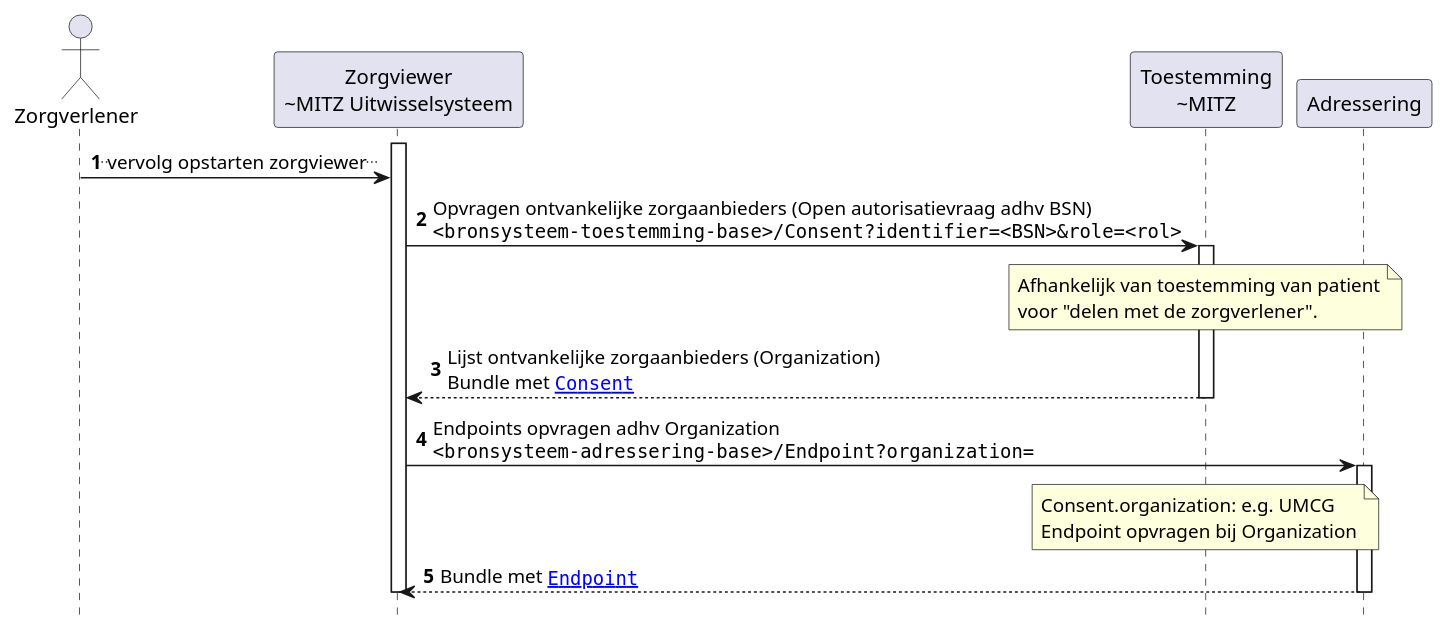
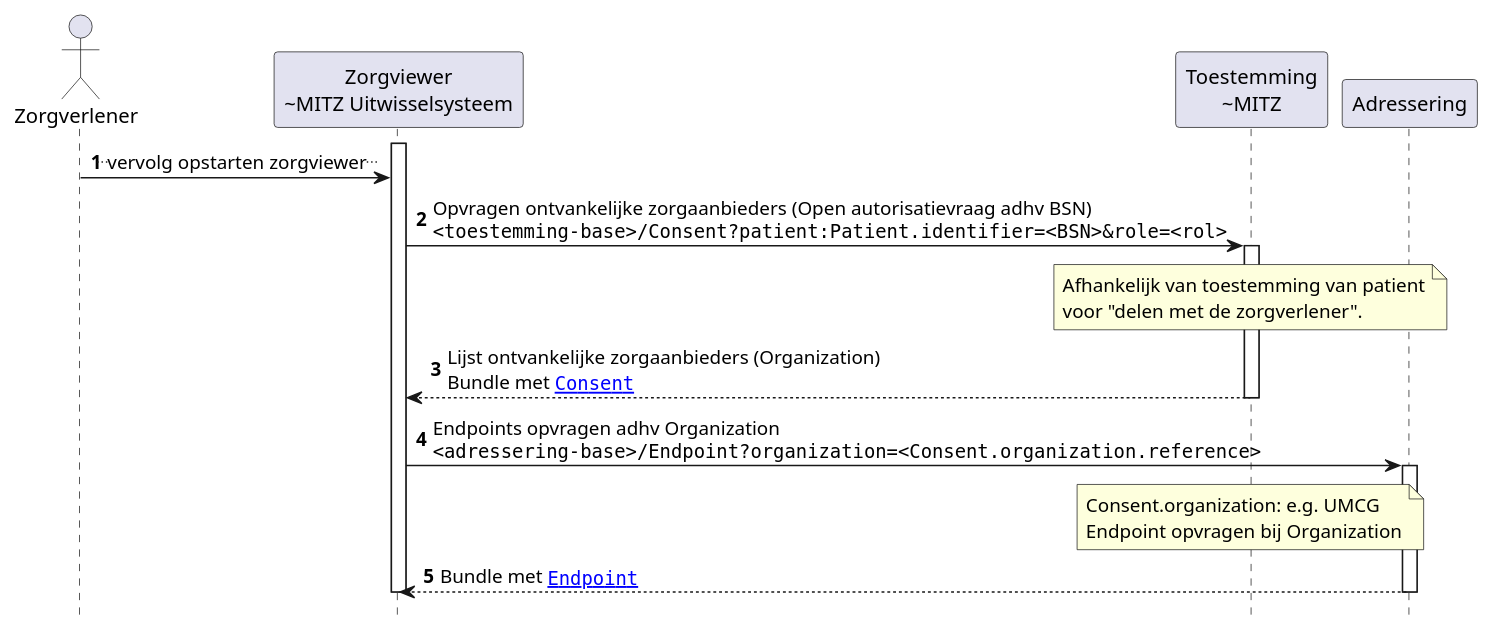
Before and after one commit to RIVO-Noord/zorgviewer-ig: the diagram in input/images-source/Zorgviewer-seq-2.plantuml, drawn with PlantUML. The commit also changed 4 other files, not shown here.

```diff
--- a/input/images-source/Zorgviewer-seq-2.plantuml
+++ b/input/images-source/Zorgviewer-seq-2.plantuml
@@ -1,29 +1,29 @@
 @startuml
 hide footbox
 autonumber
 
 actor Zorgverlener
 participant "Zorgviewer\n~MITZ Uitwisselsysteem" as Zorgviewer
 participant "Toestemming\n~MITZ" as Toestemming
 participant Adressering
 
 activate Zorgviewer
 Zorgverlener->Zorgviewer: ..vervolg opstarten zorgviewer..
-Zorgviewer->Toestemming: Opvragen ontvankelijke zorgaanbieders (Open autorisatievraag adhv BSN)\n""<bronsysteem-toestemming-base>/Consent?identifier=<BSN>&role=<rol>""
+Zorgviewer->Toestemming: Opvragen ontvankelijke zorgaanbieders (Open autorisatievraag adhv BSN)\n""<toestemming-base>/Consent?patient:Patient.identifier=<BSN>&role=<rol>""
 note over Toestemming: Afhankelijk van toestemming van patient\nvoor "delen met de zorgverlener".
 activate Toestemming
 Toestemming-->Zorgviewer: Lijst ontvankelijke zorgaanbieders (Organization)\nBundle met ""[[StructureDefinition-Consent.html Consent]]""
 deactivate Toestemming
 
-Zorgviewer->Adressering: Endpoints opvragen adhv Organization\n""<bronsysteem-adressering-base>/Endpoint?organization=""
+Zorgviewer->Adressering: Endpoints opvragen adhv Organization\n""<adressering-base>/Endpoint?organization=<Consent.organization.reference>""
 note over Toestemming
   Consent.organization: e.g. UMCG
   Endpoint opvragen bij Organization
 end note
 activate Adressering
 Adressering-->Zorgviewer: Bundle met ""[[StructureDefinition-Endpoint.html Endpoint]]""
 deactivate Adressering
 
 deactivate Zorgviewer
 
 @enduml
```
